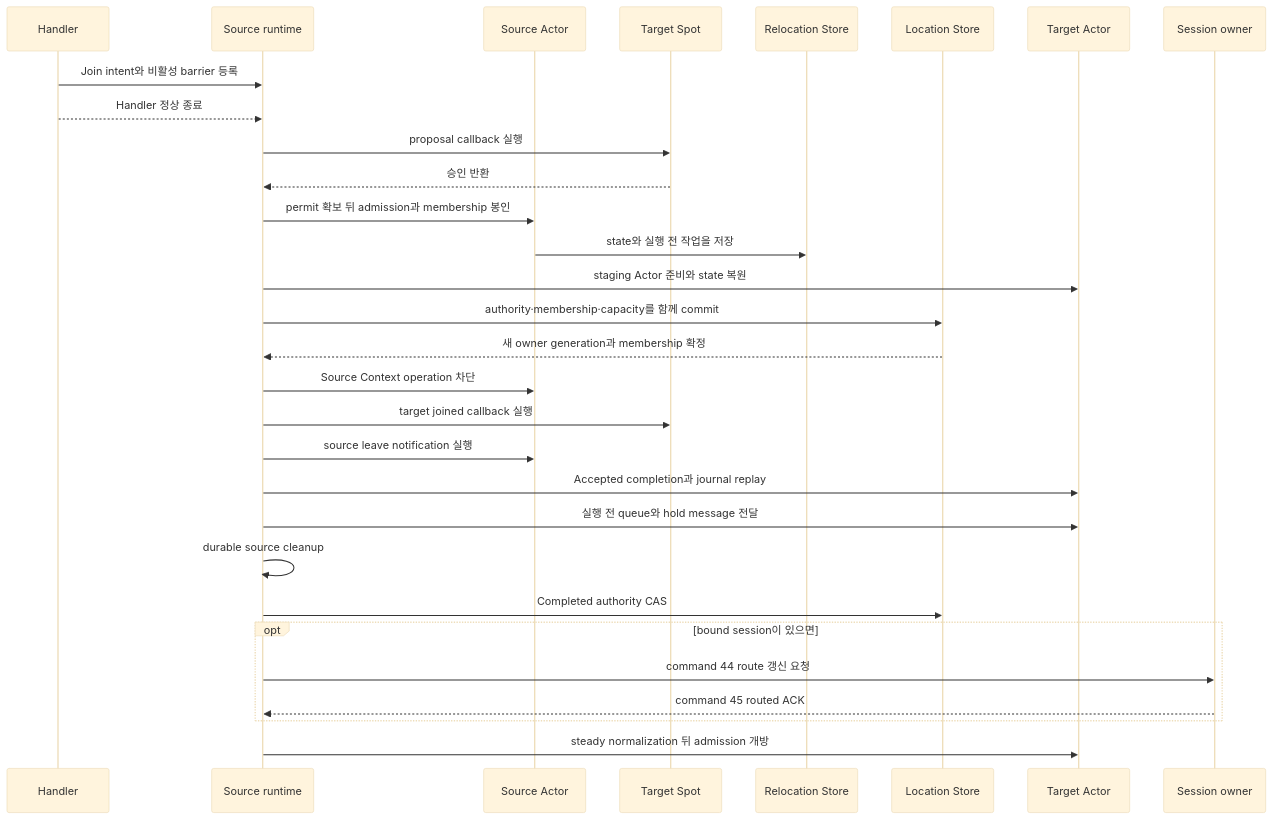
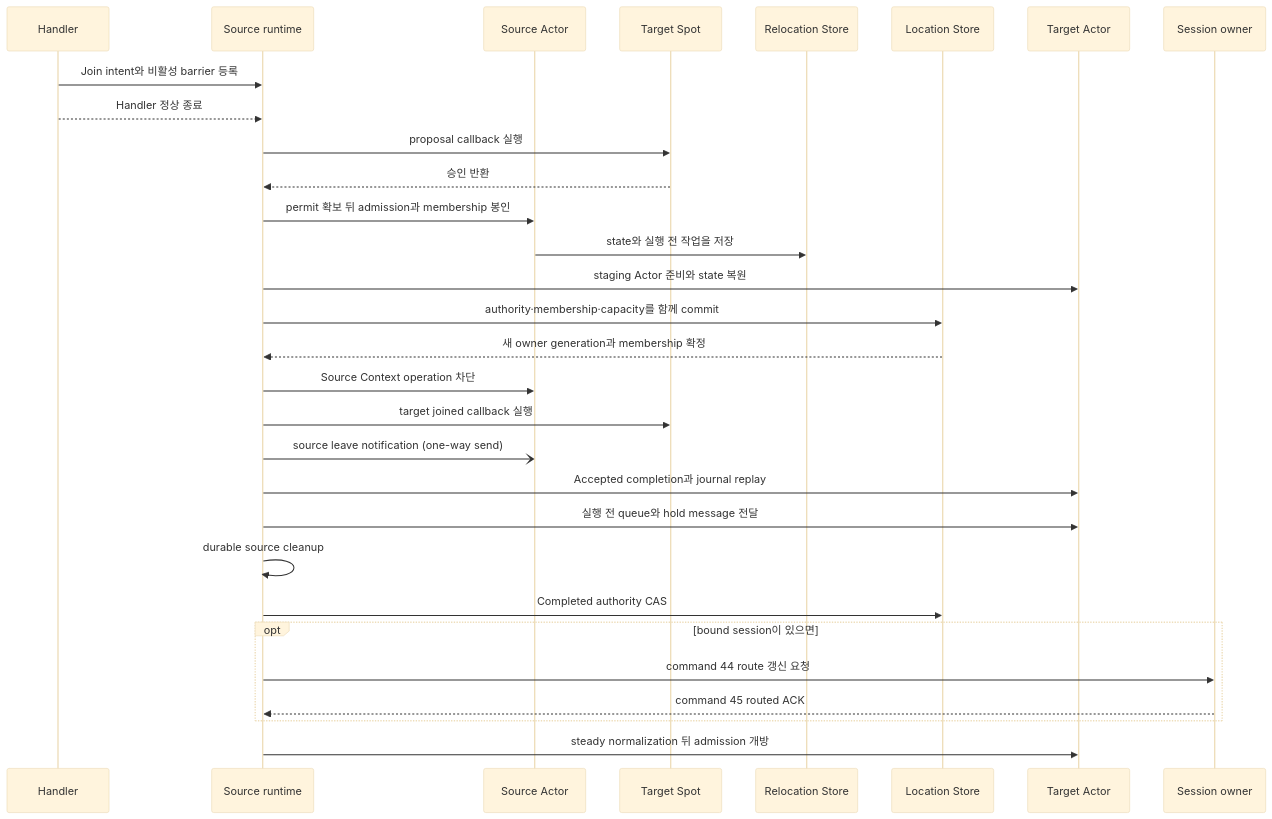
The second of 3 diagrams in framework/doc/framework/common/spec/15-spot-actor.ko.md (kairos-code-dev/zlink), drawn with Mermaid (base theme) before and after one commit. The commit also changed other lines of this file and 57 other files, not shown here.

````diff
--- a/framework/doc/framework/common/spec/15-spot-actor.ko.md
+++ b/framework/doc/framework/common/spec/15-spot-actor.ko.md
@@ -422,33 +424,33 @@
 ```mermaid
 sequenceDiagram
     participant Handler
     participant SourceRuntime as Source runtime
     participant SourceActor as Source Actor
     participant TargetSpot as Target Spot
     participant RelocationStore as Relocation Store
     participant LocationStore as Location Store
     participant TargetActor as Target Actor
     participant SessionOwner as Session owner
 
     Handler->>SourceRuntime: Join intent와 비활성 barrier 등록
     Handler-->>SourceRuntime: Handler 정상 종료
     SourceRuntime->>TargetSpot: proposal callback 실행
     TargetSpot-->>SourceRuntime: 승인 반환
     SourceRuntime->>SourceActor: permit 확보 뒤 admission과 membership 봉인
     SourceActor->>RelocationStore: state와 실행 전 작업을 저장
     SourceRuntime->>TargetActor: staging Actor 준비와 state 복원
     SourceRuntime->>LocationStore: authority·membership·capacity를 함께 commit
     LocationStore-->>SourceRuntime: 새 owner generation과 membership 확정
     SourceRuntime->>SourceActor: Source Context operation 차단
     SourceRuntime->>TargetSpot: target joined callback 실행
-    SourceRuntime->>SourceActor: source leave notification 실행
+    SourceRuntime-)SourceActor: source leave notification (one-way send)
     SourceRuntime->>TargetActor: Accepted completion과 journal replay
     SourceRuntime->>TargetActor: 실행 전 queue와 hold message 전달
     SourceRuntime->>SourceRuntime: durable source cleanup
     SourceRuntime->>LocationStore: Completed authority CAS
     opt bound session이 있으면
         SourceRuntime->>SessionOwner: command 44 route 갱신 요청
         SessionOwner-->>SourceRuntime: command 45 routed ACK
     end
     SourceRuntime->>TargetActor: steady normalization 뒤 admission 개방
 ```
````
